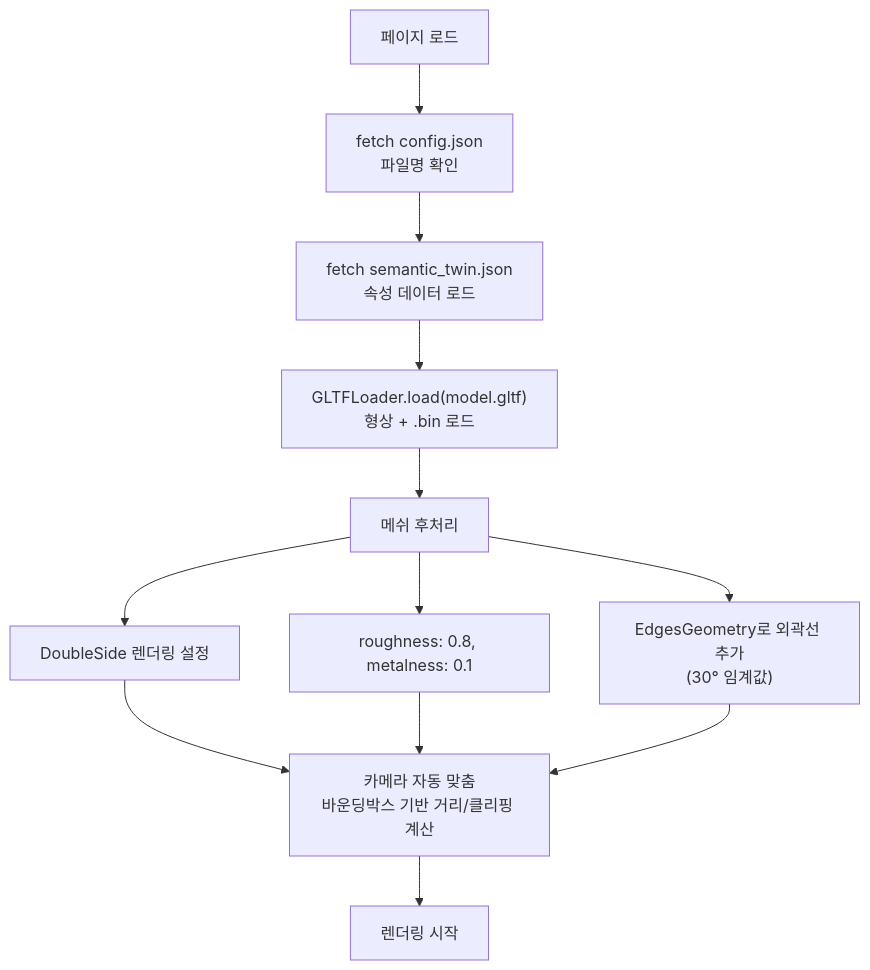
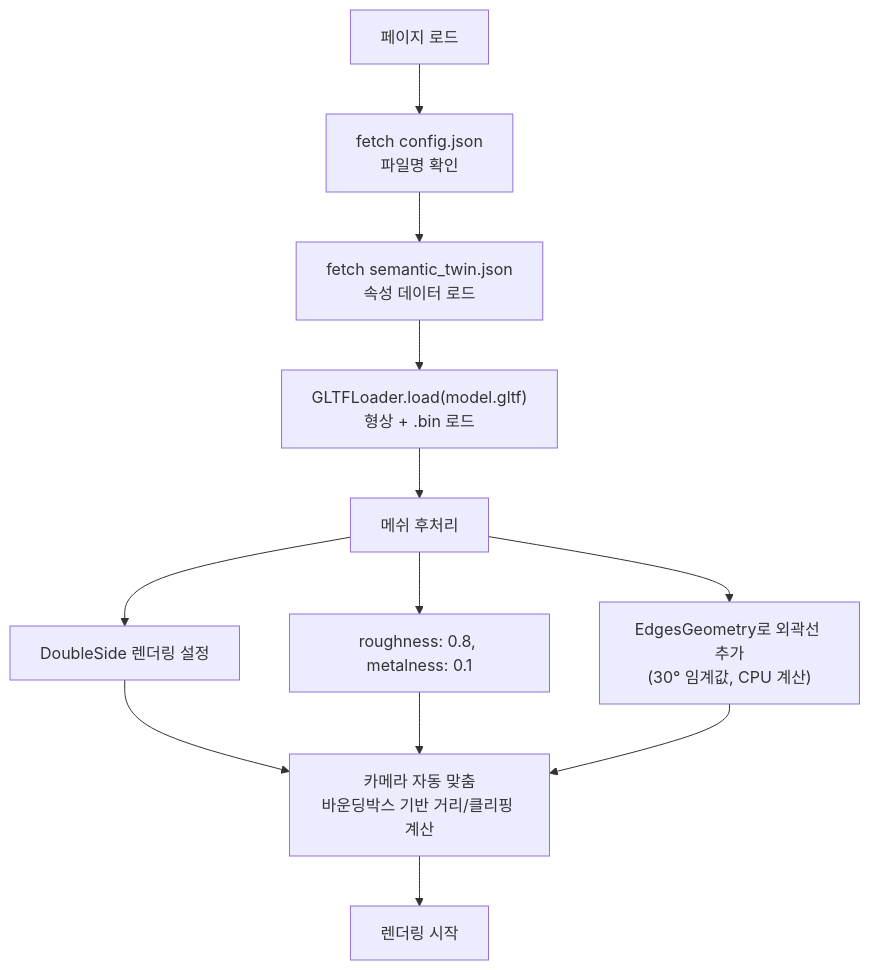
The fifth of 6 diagrams in docs/idea-02.md (i2na/dt-engine-research), drawn with Mermaid before and after one commit. The commit also changed other lines of this file and 2 other files, not shown here.

````diff
--- a/docs/idea-02.md
+++ b/docs/idea-02.md
@@ -210,12 +213,14 @@
 ```mermaid
 flowchart TD
     A["페이지 로드"] --> B["fetch config.json<br/>파일명 확인"]
     B --> C["fetch semantic_twin.json<br/>속성 데이터 로드"]
     C --> D["GLTFLoader.load(model.gltf)<br/>형상 + .bin 로드"]
     D --> E["메쉬 후처리"]
     E --> E1["DoubleSide 렌더링 설정"]
     E --> E2["roughness: 0.8, metalness: 0.1"]
-    E --> E3["EdgesGeometry로 외곽선 추가<br/>(30° 임계값)"]
-    E1 & E2 & E3 --> F["카메라 자동 맞춤<br/>바운딩박스 기반 거리/클리핑 계산"]
+    E --> E3["EdgesGeometry로 외곽선 추가<br/>(30° 임계값, CPU 계산)"]
+    E1 --> F["카메라 자동 맞춤<br/>바운딩박스 기반 거리/클리핑 계산"]
+    E2 --> F
+    E3 --> F
     F --> G["렌더링 시작"]
 ```
````
